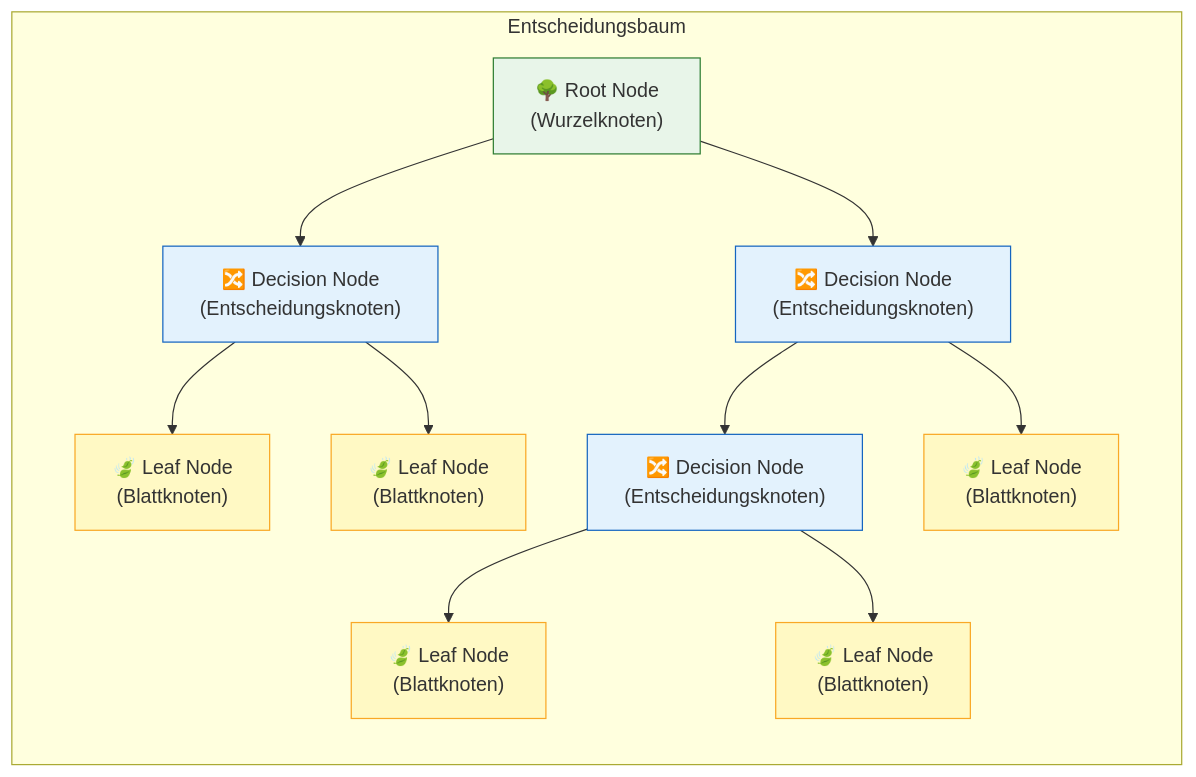
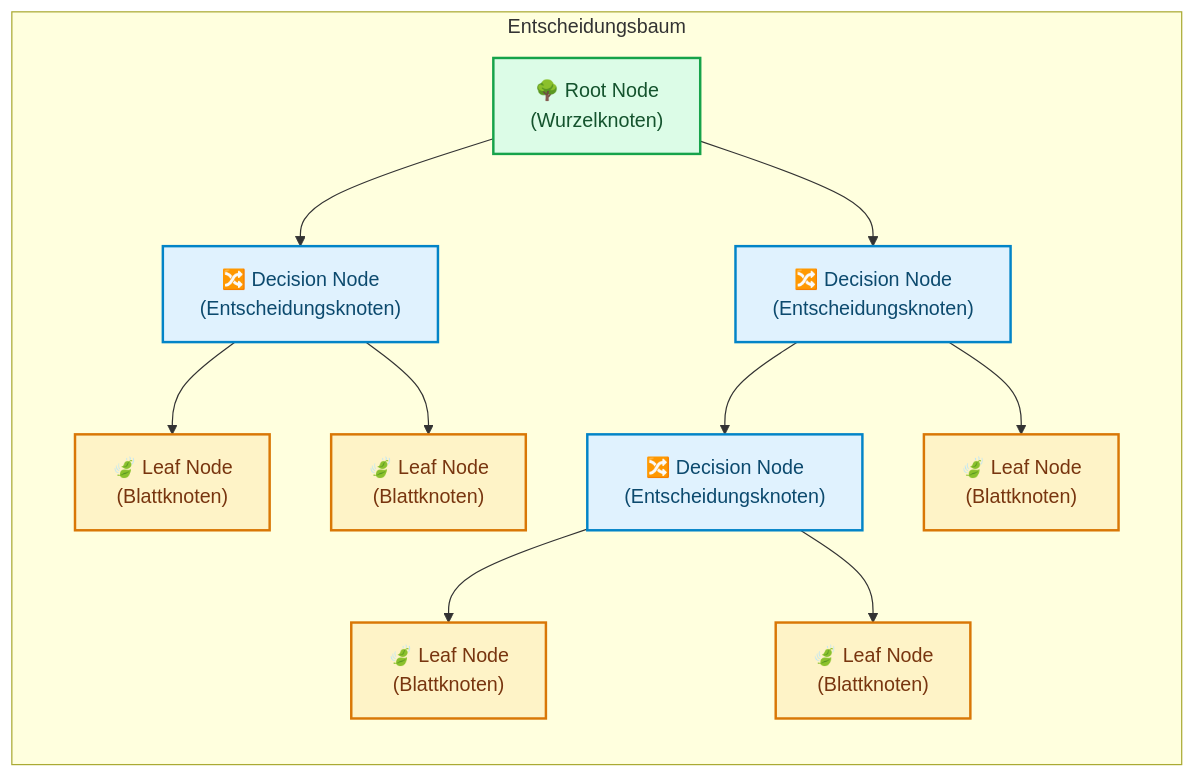
Before and after one commit to ralf-42/ML_Intro: the first of 6 diagrams in docs/concepts/modeling/decision_tree.md, drawn with Mermaid. The commit also changed other lines of this file and 67 other files, not shown here.

````diff
--- a/docs/concepts/modeling/decision_tree.md
+++ b/docs/concepts/modeling/decision_tree.md
@@ -33,24 +33,20 @@
 ```mermaid
 flowchart LR
     subgraph struktur["Entscheidungsbaum"]
         R["🌳 Root Node<br/>(Wurzelknoten)"]
         R --> D1["🔀 Decision Node<br/>(Entscheidungsknoten)"]
         R --> D2["🔀 Decision Node<br/>(Entscheidungsknoten)"]
         D1 --> L1["🍃 Leaf Node<br/>(Blattknoten)"]
         D1 --> L2["🍃 Leaf Node<br/>(Blattknoten)"]
         D2 --> D3["🔀 Decision Node<br/>(Entscheidungsknoten)"]
         D2 --> L3["🍃 Leaf Node<br/>(Blattknoten)"]
         D3 --> L4["🍃 Leaf Node<br/>(Blattknoten)"]
         D3 --> L5["🍃 Leaf Node<br/>(Blattknoten)"]
     end
-    
-    style R fill:#e8f5e9,stroke:#2e7d32
-    style D1 fill:#e3f2fd,stroke:#1565c0
-    style D2 fill:#e3f2fd,stroke:#1565c0
-    style D3 fill:#e3f2fd,stroke:#1565c0
-    style L1 fill:#fff9c4,stroke:#f9a825
-    style L2 fill:#fff9c4,stroke:#f9a825
-    style L3 fill:#fff9c4,stroke:#f9a825
-    style L4 fill:#fff9c4,stroke:#f9a825
-    style L5 fill:#fff9c4,stroke:#f9a825
+
+    classDef default fill:#e0f2fe,stroke:#0284c7,stroke-width:2px,color:#0c4a6e;
+    classDef metric fill:#fef3c7,stroke:#d97706,stroke-width:2px,color:#78350f;
+    classDef output fill:#dcfce7,stroke:#16a34a,stroke-width:2px,color:#14532d;
+    class L1,L2,L3,L4,L5 metric;
+    class R output;
 ```
````
